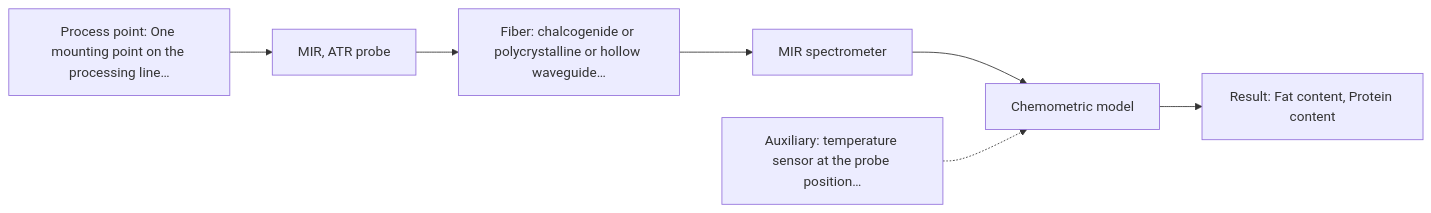
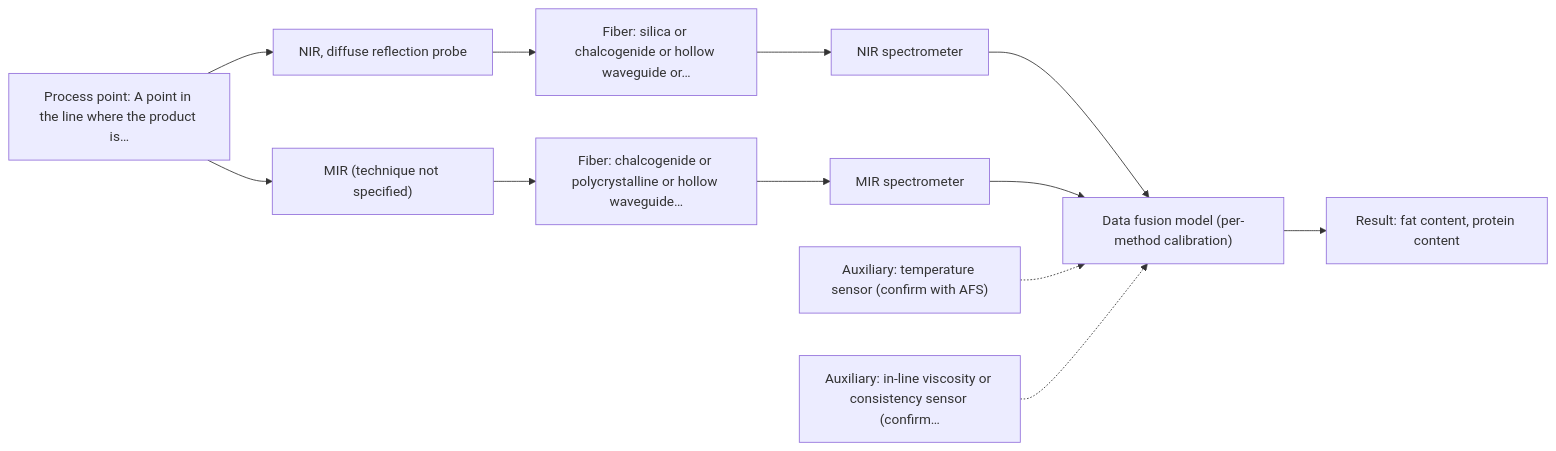
One commit to sleipnir029/Afs-Spectroscopy-Assistant changed the second of 2 diagrams in outputs/dev/D02.md. Above: the diagram before and after it, drawn with Mermaid. The commit also changed other lines of this file and 9 other files, not shown here.

````diff
--- a/outputs/dev/D02.md
+++ b/outputs/dev/D02.md
@@ -97,16 +100,25 @@
 ```mermaid
 flowchart LR
-    proc["Process point: One mounting point on the processing line…"]
-    probe1["MIR, ATR probe"]
-    fiber1["Fiber: chalcogenide or polycrystalline or hollow waveguide…"]
-    spec1["MIR spectrometer"]
-    model["Chemometric model"]
-    result["Result: Fat content, Protein content"]
-    aux1["Auxiliary: temperature sensor at the probe position…"]
+    proc["Process point: A point in the line where the product is…"]
+    probe1["NIR, diffuse reflection probe"]
+    fiber1["Fiber: silica or chalcogenide or hollow waveguide or…"]
+    spec1["NIR spectrometer"]
+    probe2["MIR (technique not specified)"]
+    fiber2["Fiber: chalcogenide or polycrystalline or hollow waveguide…"]
+    spec2["MIR spectrometer"]
+    model["Data fusion model (per-method calibration)"]
+    result["Result: fat content, protein content"]
+    aux1["Auxiliary: temperature sensor (confirm with AFS)"]
+    aux2["Auxiliary: in-line viscosity or consistency sensor (confirm…"]
     proc --> probe1
     probe1 --> fiber1
     fiber1 --> spec1
     spec1 --> model
+    proc --> probe2
+    probe2 --> fiber2
+    fiber2 --> spec2
+    spec2 --> model
     model --> result
     aux1 -.-> model
+    aux2 -.-> model
 ```
````
